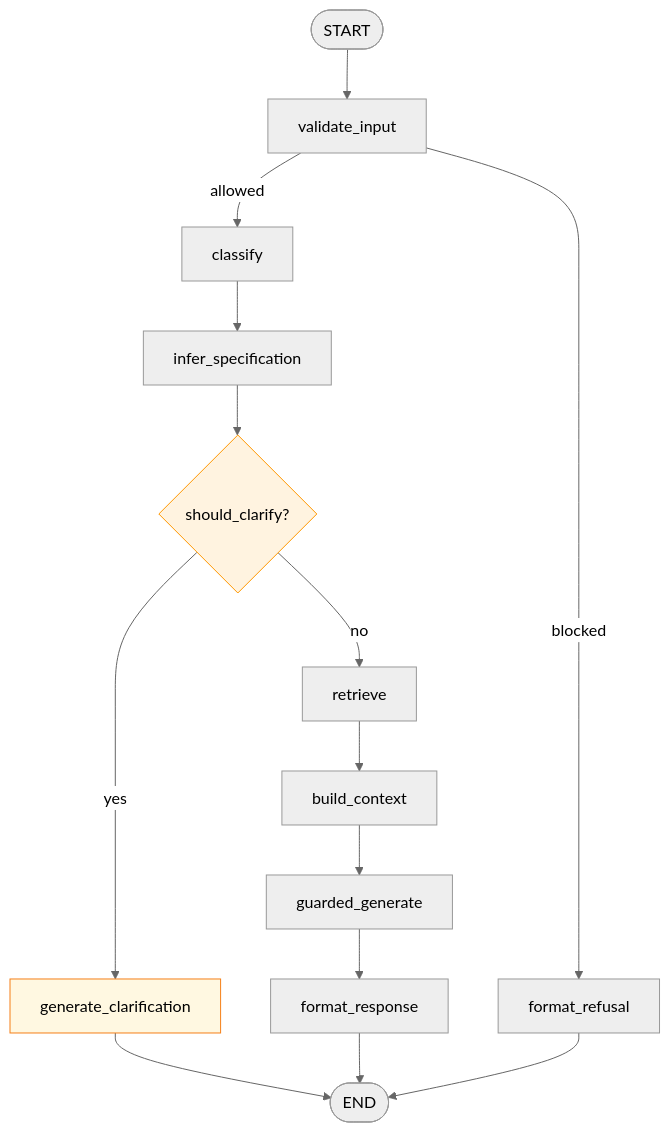
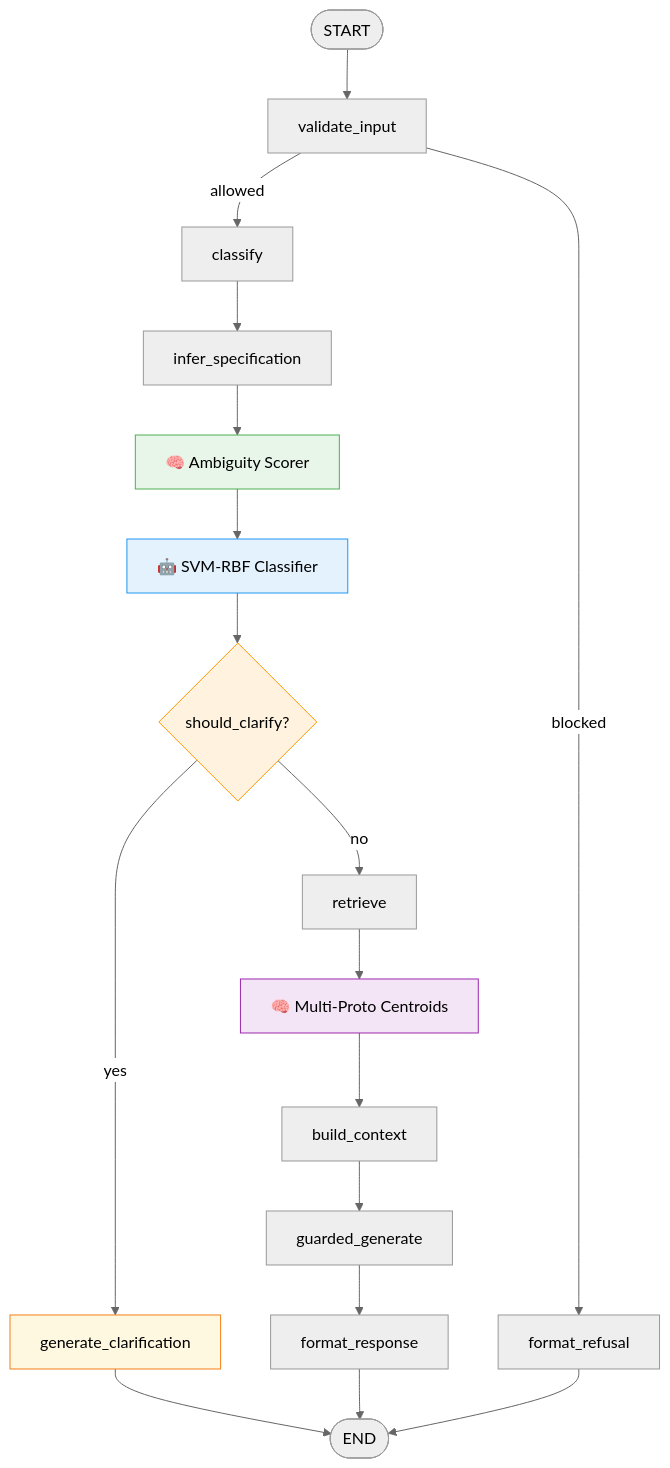
Before and after one commit to AliNikkhah2001/Work_Credit-RAG_Phase1: the third of 5 diagrams in README.md, drawn with Mermaid (neutral theme). The commit also changed other lines of this file, not shown here.

Commit message:
docs: update architecture diagrams + add LiteLLM router section with fallback chains

````diff
--- a/README.md
+++ b/README.md
@@ -329,19 +339,25 @@
 ```mermaid
 flowchart TD
     START([START]) --> VI[validate_input]
     VI -->|blocked| FR[format_refusal]
     VI -->|allowed| CL[classify]
     CL --> INF[infer_specification]
-    INF --> SC{should_clarify?}
+    INF --> AMB[🧠 Ambiguity Scorer]
+    AMB --> SVM[🤖 SVM-RBF Classifier]
+    SVM --> SC{should_clarify?}
     SC -->|yes| GC[generate_clarification]
     GC --> END([END])
     SC -->|no| RET[retrieve]
-    RET --> BC[build_context]
+    RET --> PROTO[🧠 Multi-Proto Centroids]
+    PROTO --> BC[build_context]
     BC --> GG[guarded_generate]
     GG --> FRMT[format_response]
     FRMT --> END
     FR --> END
 
     style SC fill:#fff3e0,stroke:#ff9800
     style GC fill:#fff8e1,stroke:#f57f17
+    style AMB fill:#e8f5e9,stroke:#4caf50
+    style SVM fill:#e3f2fd,stroke:#2196f3
+    style PROTO fill:#f3e5f5,stroke:#9c27b0
 ```
````
